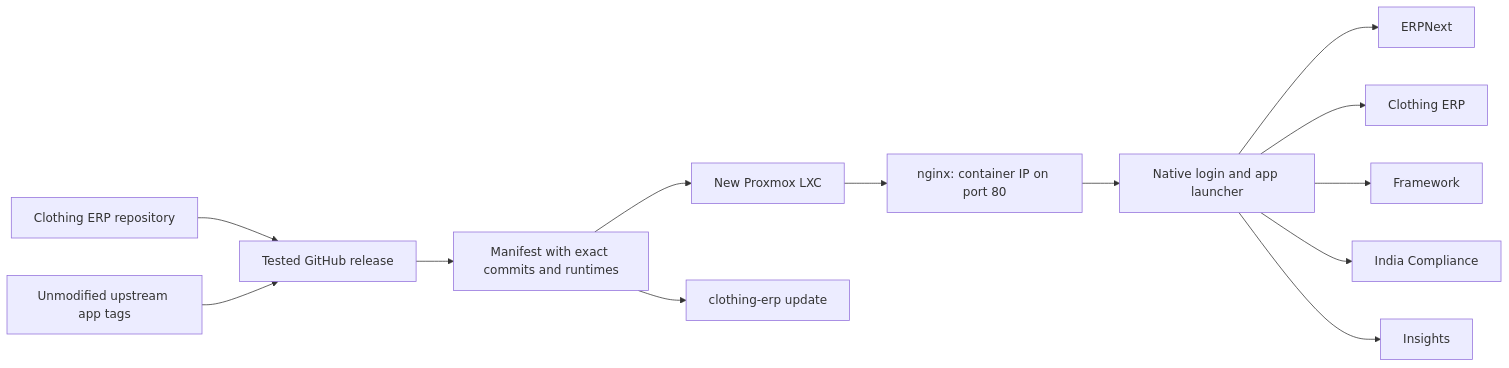
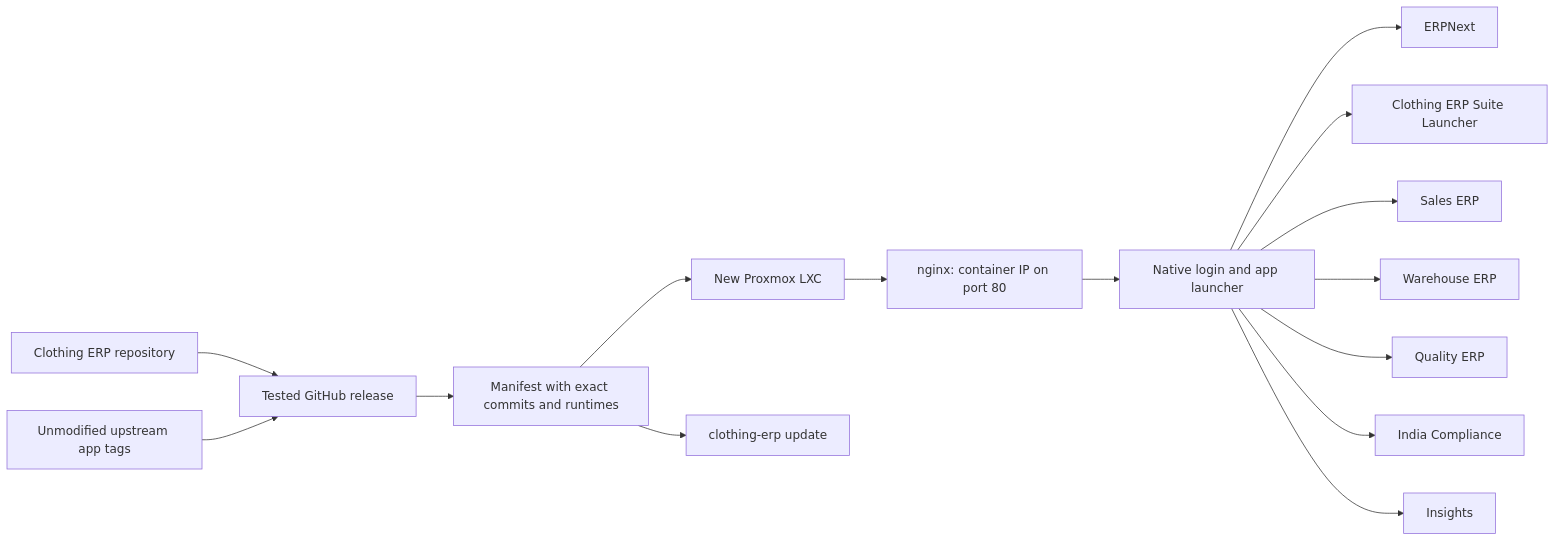
One commit to AviDhandhania/erp changed the diagram in docs/architecture.md. Above: the diagram before and after it, drawn with Mermaid. The commit also changed other lines of this file and 3 other files, not shown here.

First line of the commit message:
[antigravity] docs: reconcile architecture, agent guidelines, and progress records

````diff
--- a/docs/architecture.md
+++ b/docs/architecture.md
@@ -3,15 +3,17 @@
 ```mermaid
 flowchart LR
   A[Clothing ERP repository] --> C[Tested GitHub release]
   B[Unmodified upstream app tags] --> C
   C --> D[Manifest with exact commits and runtimes]
   D --> E[New Proxmox LXC]
   D --> F[clothing-erp update]
   E --> G[nginx: container IP on port 80]
   G --> H[Native login and app launcher]
   H --> I[ERPNext]
-  H --> J[Clothing ERP]
-  H --> K[Framework]
-  H --> L[India Compliance]
-  H --> M[Insights]
+  H --> J[Clothing ERP Suite Launcher]
+  H --> K[Sales ERP]
+  H --> L[Warehouse ERP]
+  H --> M[Quality ERP]
+  H --> N[India Compliance]
+  H --> O[Insights]
 ```
````
